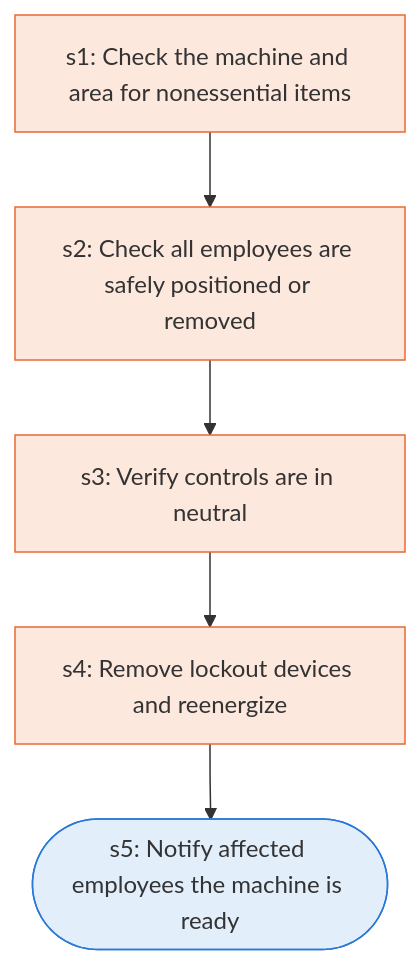
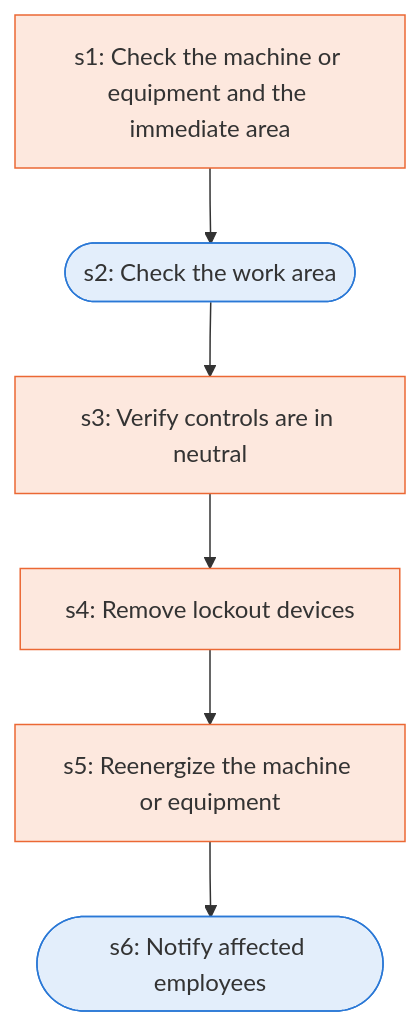
One commit to Jitesh-Mishra/sop-to-agent-workflows changed the diagram in docs/runbooks/osha_lockout_restore.md. Above: the diagram before and after it, drawn with Mermaid. The commit also changed other lines of this file and 172 other files, not shown here.

````diff
--- a/docs/runbooks/osha_lockout_restore.md
+++ b/docs/runbooks/osha_lockout_restore.md
@@ -7,16 +7,18 @@
 ```mermaid
 flowchart TD
-  s1["s1: Check the machine and area for nonessential items"]
-  s2["s2: Check all employees are safely positioned or removed"]
+  s1["s1: Check the machine or equipment and the immediate area"]
+  s2(["s2: Check the work area"])
   s3["s3: Verify controls are in neutral"]
-  s4["s4: Remove lockout devices and reenergize"]
-  s5(["s5: Notify affected employees the machine is ready"])
+  s4["s4: Remove lockout devices"]
+  s5["s5: Reenergize the machine or equipment"]
+  s6(["s6: Notify affected employees"])
   s1 --> s2
   s2 --> s3
   s3 --> s4
   s4 --> s5
+  s5 --> s6
   classDef agent fill:#e3eefb,stroke:#2a78d6
   classDef human fill:#fde8de,stroke:#eb6834
-  class s5 agent
-  class s1,s2,s3,s4 human
+  class s2,s6 agent
+  class s1,s3,s4,s5 human
 ```
````
